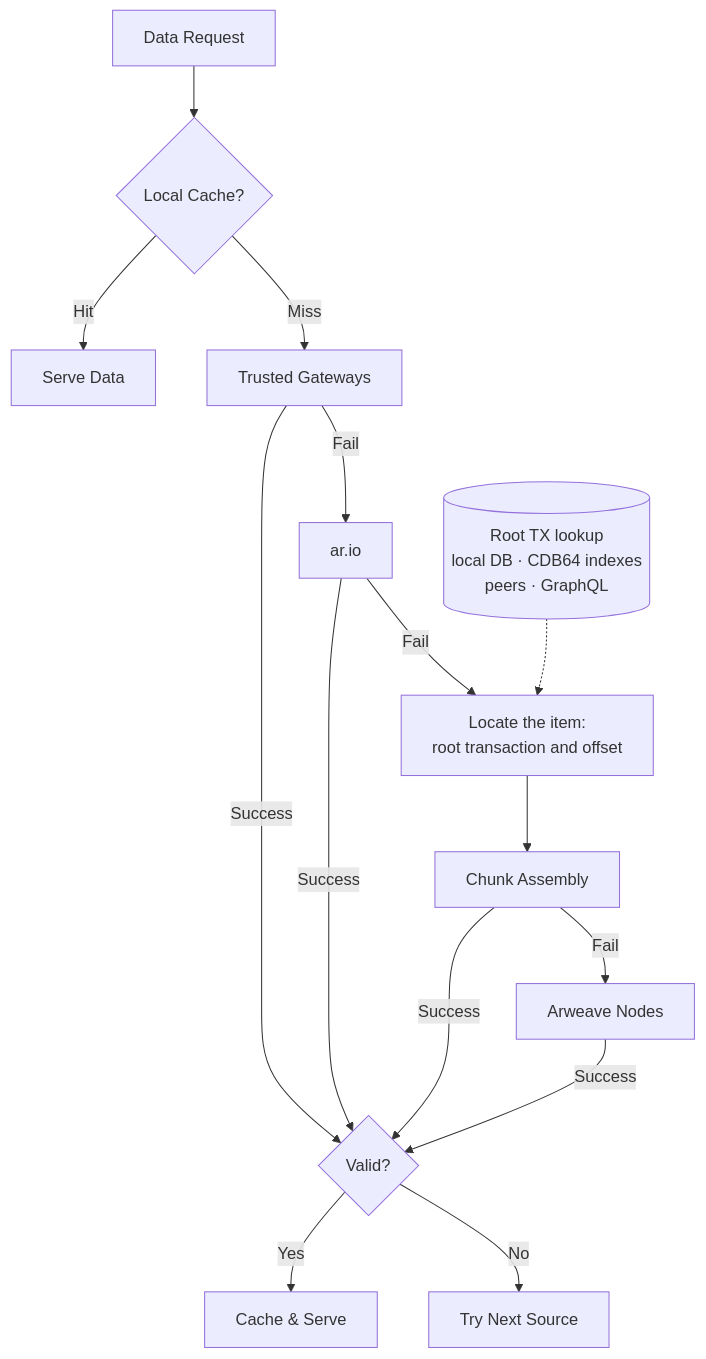
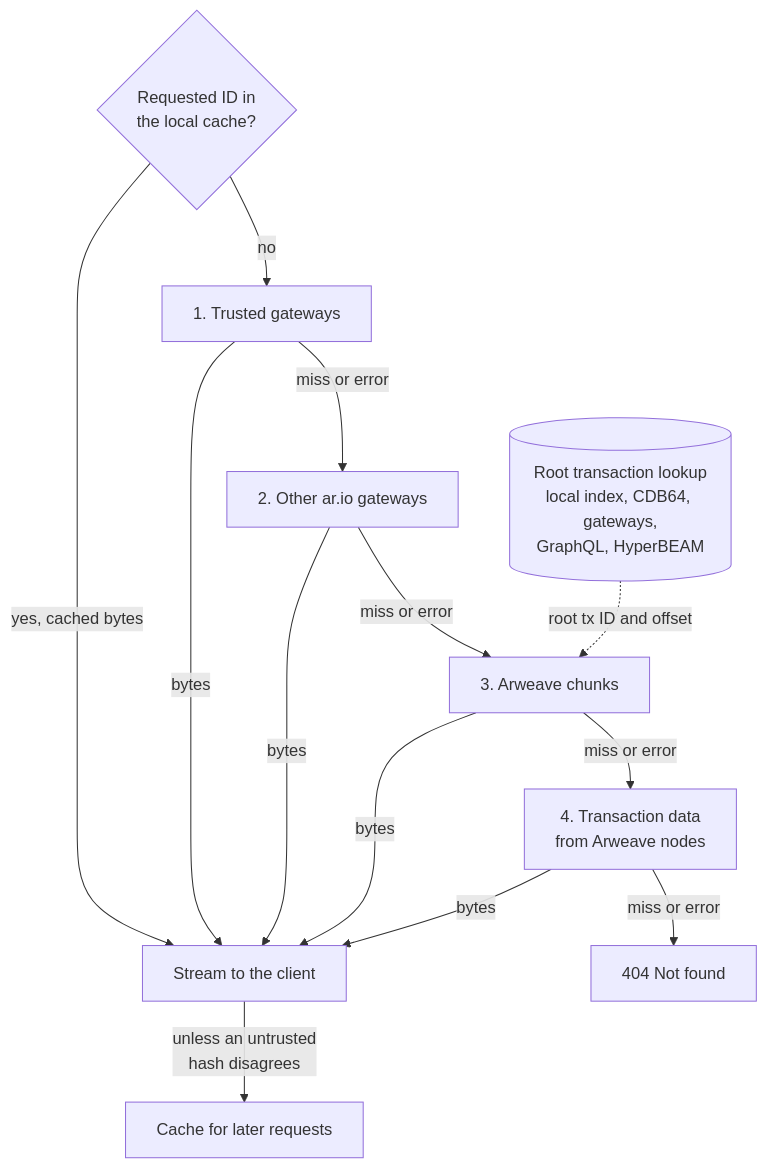
Before and after one commit to ar-io/docs: the diagram in content/learn/gateways/data-retrieval.mdx, drawn with Mermaid. The commit also changed other lines of this file and 25 other files, not shown here.

````diff
--- a/content/learn/gateways/data-retrieval.mdx
+++ b/content/learn/gateways/data-retrieval.mdx
@@ -14,26 +14,19 @@
 ```mermaid
 graph TD
-    REQUEST[Data Request] --> CACHE{Local Cache?}
-    CACHE -->|Hit| SERVE[Serve Data]
-    CACHE -->|Miss| TRUSTED[Trusted Gateways]
+    accTitle: On a cache miss the gateway tries each source in turn, and caches the bytes unless they contradict a known hash
+    accDescr: A request is served from the local cache when the gateway holds the data. Otherwise the gateway tries trusted gateways, then other ar.io gateways, then Arweave chunks located through a root transaction lookup, then whole transaction data from Arweave nodes, and answers 404 if all fail. Bytes from any source stream to the client while the gateway hashes them. It caches them unless they came from an untrusted source and their hash differs from the one it already knows.
+    CACHE{Requested ID in<br/>the local cache?}
+    CACHE -->|yes, cached bytes| SERVE[Stream to the client]
+    CACHE -->|no| TG[1. Trusted gateways]
+    TG -->|miss or error| AR[2. Other ar.io gateways]
+    AR -->|miss or error| CH[3. Arweave chunks]
+    CH -->|miss or error| TX[4. Transaction data<br/>from Arweave nodes]
+    TX -->|miss or error| NF[404 Not found]
+    LOOKUP[(Root transaction lookup<br/>local index, CDB64, gateways,<br/>GraphQL, HyperBEAM)] -.->|root tx ID and offset| CH
+    TG & AR & CH & TX -->|bytes| SERVE
+    SERVE -->|unless an untrusted<br/>hash disagrees| STORE[Cache for later requests]
 
-    TRUSTED -->|Fail| NETWORK[ar.io]
-    NETWORK -->|Fail| LOCATE[Locate the item:<br/>root transaction and offset]
-    LOCATE --> CHUNKS[Chunk Assembly]
-    CHUNKS -->|Fail| ARWEAVE[Arweave Nodes]
-
-    LOOKUP[(Root TX lookup<br/>local DB · CDB64 indexes<br/>peers · GraphQL)] -.-> LOCATE
-
-    TRUSTED -->|Success| VALIDATE
-    NETWORK -->|Success| VALIDATE
-    CHUNKS -->|Success| VALIDATE
-    ARWEAVE -->|Success| VALIDATE
-
-    VALIDATE{Valid?} -->|Yes| STORE[Cache & Serve]
-    VALIDATE -->|No| NEXT[Try Next Source]
-
-
-    class TRUSTED,NETWORK,CHUNKS,ARWEAVE dg-soft
-    class VALIDATE,SERVE,STORE,LOCATE dg-strong
-    class LOOKUP dg-soft
+    class CACHE,SERVE dg-strong
+    class TG,AR,CH,TX,LOOKUP dg-soft
+    class NF,STORE dg-muted
 ```
````
